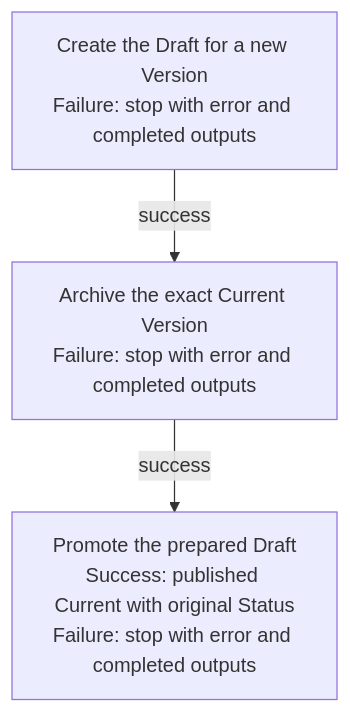
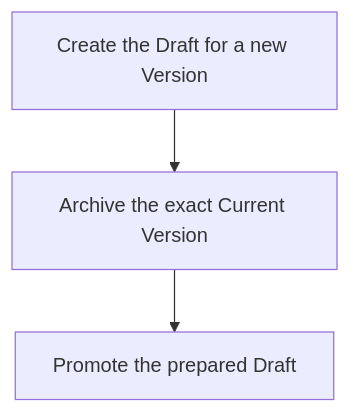
The diagram in .caprmedio_caprmedio/CA-SU-9_LAYER_1_FRAMEWORK_METHODOLOGY/CA-SU-10_SUPERLAYER_1_METHODOLOGY_SOURCES/CA-SU-13_LAYER_3_PROJECT_CONFIGURATION/09_operations/draft/atom-lifecycle/CA-O-draft-PROJECT_CONFIGURATION-WORKFLOW--atom-lifecycle-update-atom.md (anatoly-m-maslennikov/caprmedio-graph-driven-framework), drawn with Mermaid before and after one commit. The commit also changed other lines of this file and 65 other files, not shown here.

````diff
--- a/.caprmedio_caprmedio/CA-SU-9_LAYER_1_FRAMEWORK_METHODOLOGY/CA-SU-10_SUPERLAYER_1_METHODOLOGY_SOURCES/CA-SU-13_LAYER_3_PROJECT_CONFIGURATION/09_operations/draft/atom-lifecycle/CA-O-draft-PROJECT_CONFIGURATION-WORKFLOW--atom-lifecycle-update-atom.md
+++ b/.caprmedio_caprmedio/CA-SU-9_LAYER_1_FRAMEWORK_METHODOLOGY/CA-SU-10_SUPERLAYER_1_METHODOLOGY_SOURCES/CA-SU-13_LAYER_3_PROJECT_CONFIGURATION/09_operations/draft/atom-lifecycle/CA-O-draft-PROJECT_CONFIGURATION-WORKFLOW--atom-lifecycle-update-atom.md
@@ -17,12 +17,11 @@
 ```mermaid
 flowchart TD
-    %% Entry: step1. Success terminal: step3. Failure at any Step is terminal.
-    step1["Create the Draft for a new Version<br/>Failure: stop with error and completed outputs"]
-    step2["Archive the exact Current Version<br/>Failure: stop with error and completed outputs"]
-    step1 -->|success| step2
-    step3["Promote the prepared Draft<br/>Success: published Current with original Status<br/>Failure: stop with error and completed outputs"]
-    step2 -->|success| step3
+    step1["Create the Draft for a new Version"]
+    step2["Archive the exact Current Version"]
+    step3["Promote the prepared Draft"]
+    step1 --> step2
+    step2 --> step3
     click step1 "./CA-O-draft-PROJECT_CONFIGURATION-WORKFLOW--atom-lifecycle-update-atom/CA-O-draft-PROJECT_CONFIGURATION-STEP--create-the-draft-for-a-new-version.md" "Open Step"
     click step2 "./CA-O-draft-PROJECT_CONFIGURATION-WORKFLOW--atom-lifecycle-update-atom/CA-O-draft-PROJECT_CONFIGURATION-STEP--archive-the-exact-current-version.md" "Open Step"
     click step3 "./CA-O-draft-PROJECT_CONFIGURATION-WORKFLOW--atom-lifecycle-update-atom/CA-O-draft-PROJECT_CONFIGURATION-STEP--promote-the-prepared-draft.md" "Open Step"
 ```
````
